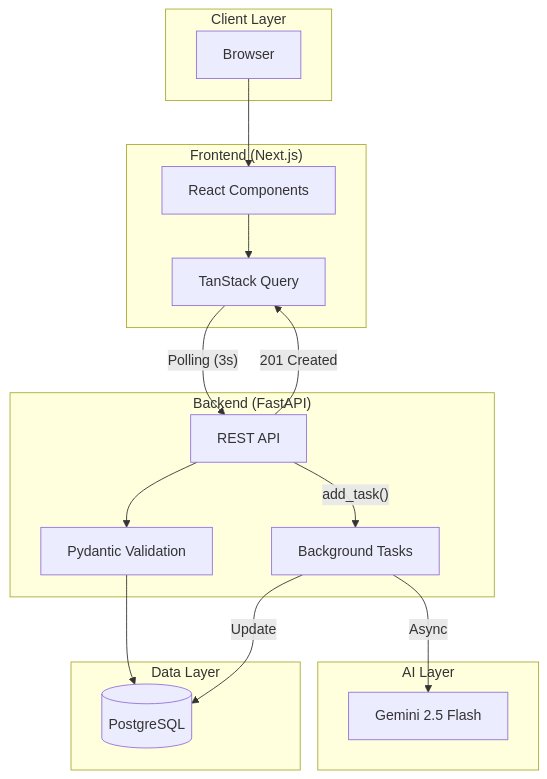
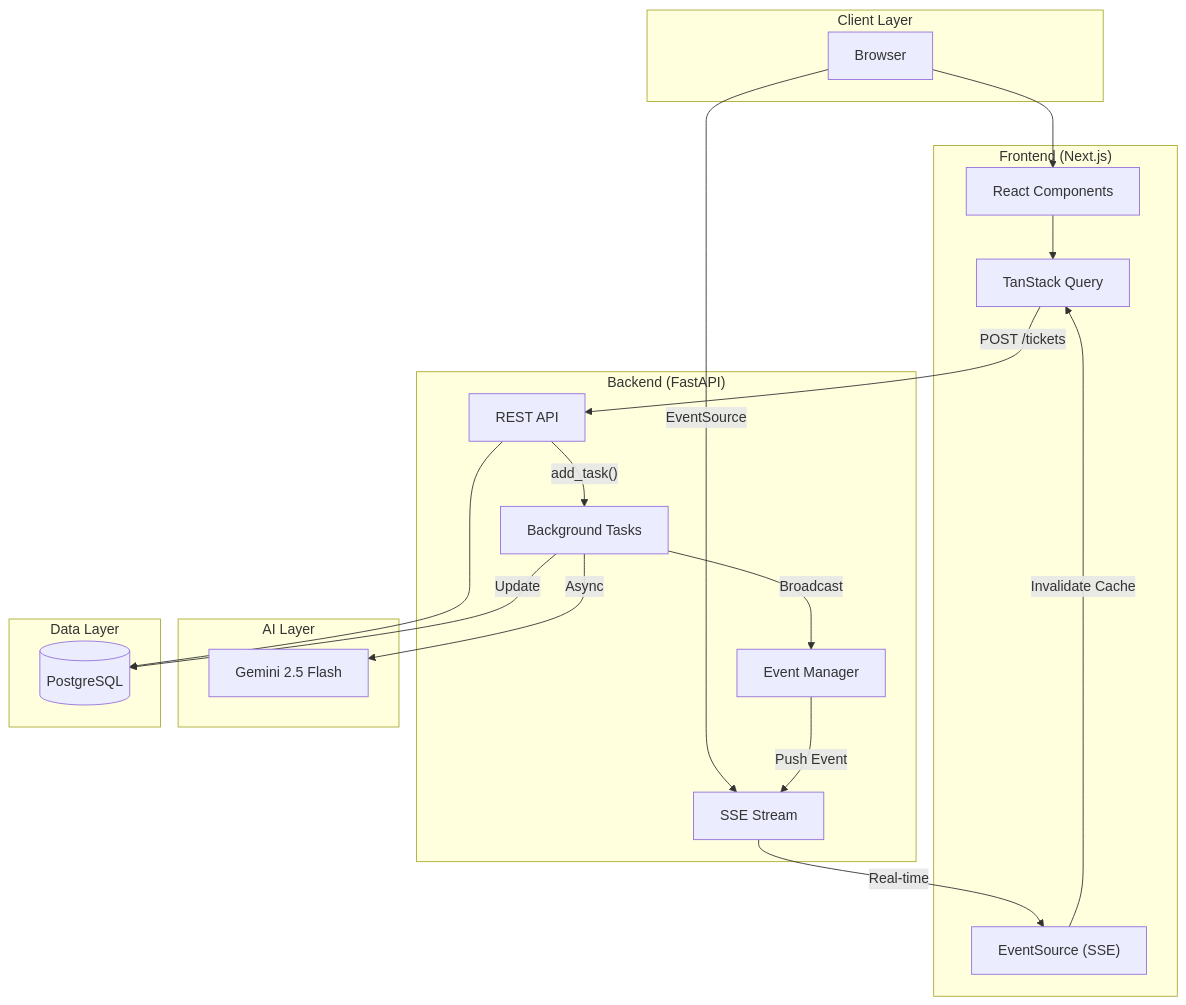
Before and after one commit to xuandat282/TriageRecoveryHub: the first of 3 diagrams in README.md, drawn with Mermaid. The commit also changed other lines of this file and 5 other files, not shown here.

Commit message:
Add SSE real-time ticket events

````diff
--- a/README.md
+++ b/README.md
@@ -7,35 +7,40 @@
 ```mermaid
 flowchart TB
     subgraph Client["Client Layer"]
         Browser["Browser"]
     end
     
     subgraph Frontend["Frontend (Next.js)"]
         UI["React Components"]
+        SSE["EventSource (SSE)"]
         TQ["TanStack Query"]
     end
     
     subgraph Backend["Backend (FastAPI)"]
         API["REST API"]
+        Stream["SSE Stream"]
         BG["Background Tasks"]
-        VAL["Pydantic Validation"]
+        EM["Event Manager"]
     end
     
     subgraph AI["AI Layer"]
         GEMINI["Gemini 2.5 Flash"]
     end
     
     subgraph Data["Data Layer"]
         PG[("PostgreSQL")]
     end
     
     Browser --> UI
     UI --> TQ
-    TQ -->|"Polling (3s)"| API
-    API --> VAL
-    VAL --> PG
-    API -->|"201 Created"| TQ
+    TQ -->|"POST /tickets"| API
+    Browser -->|"EventSource"| Stream
+    API --> PG
     API -->|"add_task()"| BG
     BG -->|"Async"| GEMINI
     BG -->|"Update"| PG
+    BG -->|"Broadcast"| EM
+    EM -->|"Push Event"| Stream
+    Stream -->|"Real-time"| SSE
+    SSE -->|"Invalidate Cache"| TQ
 ```
````
